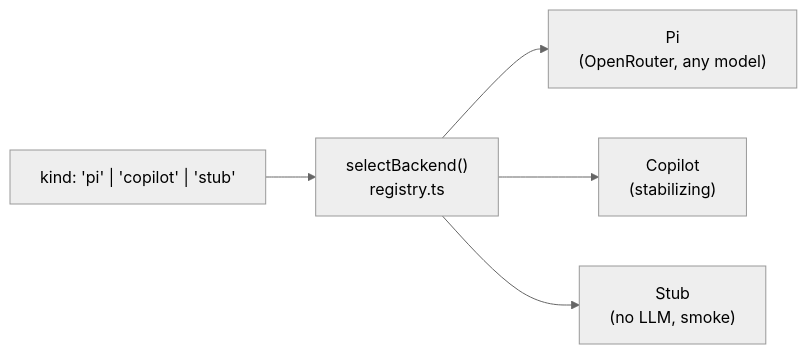
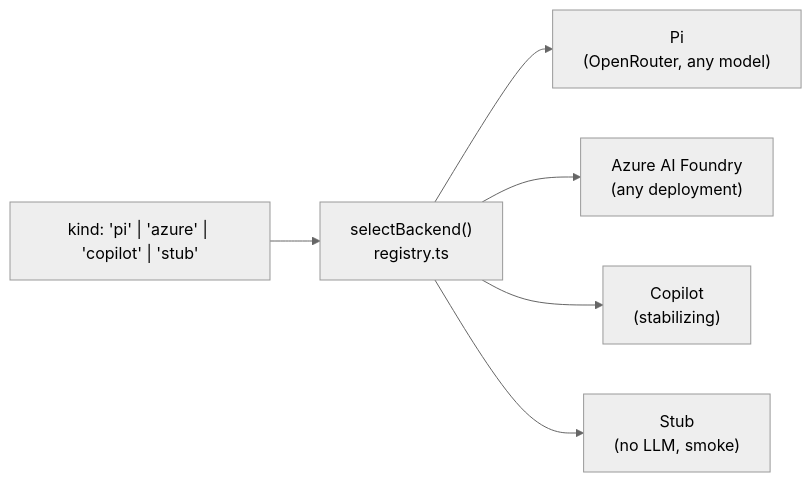
The third of 3 diagrams in README.en.md (frederico-kluser/huu), drawn with Mermaid (neutral theme) before and after one commit. The commit also changed other lines of this file and 2 other files, not shown here.

````diff
--- a/README.en.md
+++ b/README.en.md
@@ -204,8 +306,9 @@
 ```mermaid
 flowchart LR
-    K["kind: 'pi' | 'copilot' | 'stub'"]
+    K["kind: 'pi' | 'azure' | 'copilot' | 'stub'"]
     K --> R["selectBackend()<br/>registry.ts"]
     R --> P["Pi<br/>(OpenRouter, any model)"]
+    R --> Z["Azure AI Foundry<br/>(any deployment)"]
     R --> C["Copilot<br/>(stabilizing)"]
     R --> S["Stub<br/>(no LLM, smoke)"]
 ```
````
